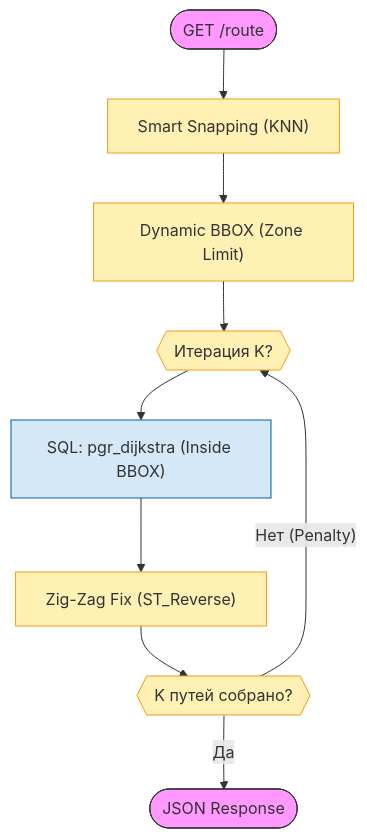
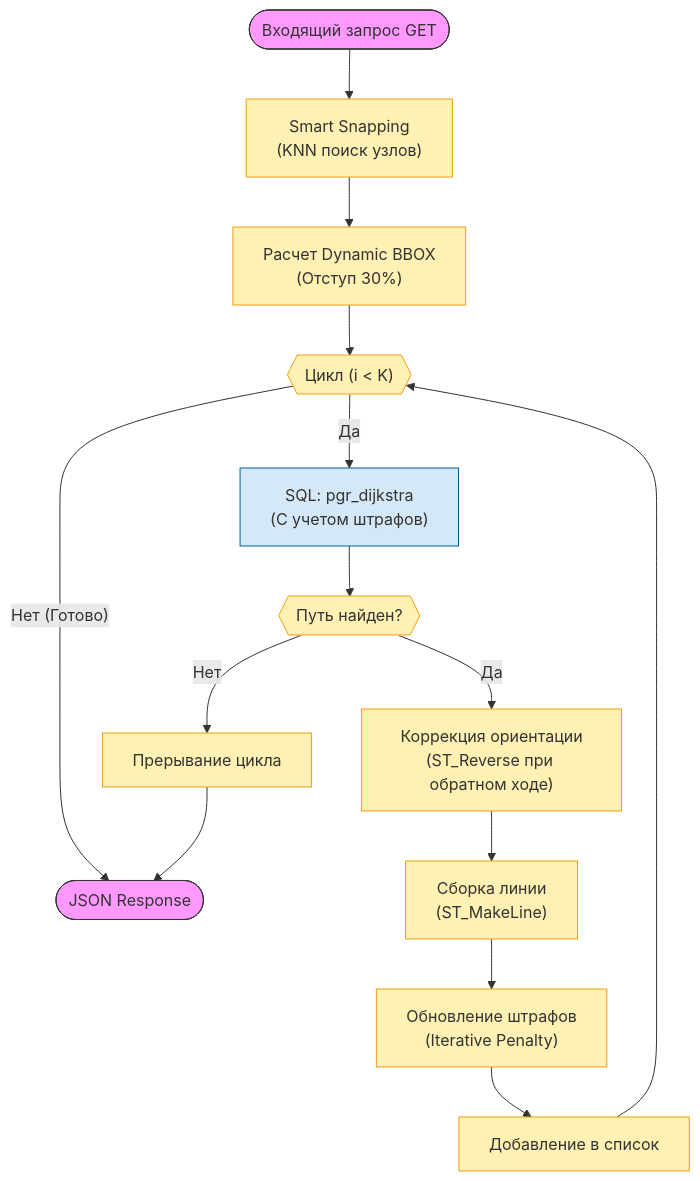
Before and after one commit to L1CH7/magistracy-diplom-iu12-docs: the diagram in assets/diagrams/03-runtime-flow.mmd, drawn with Mermaid. The commit also changed 13 other files, not shown here.

Commit message:
feat(mmd) - актуализировал мермейд диаграммы. теперь красота

```diff
--- a/assets/diagrams/03-runtime-flow.mmd
+++ b/assets/diagrams/03-runtime-flow.mmd
@@ -1,17 +1,35 @@
 flowchart TD
-    %% --- Styles ---
+    %% --- Стили ---
     classDef client fill:#f9f,stroke:#333;
     classDef logic fill:#fff0b3,stroke:#f39c12;
     classDef db fill:#d5e8f7,stroke:#005f9e;
 
-    Start(["GET /route"]):::client --> Snap["Smart Snapping (KNN)"]:::logic
-    Snap --> BBox["Dynamic BBOX (Zone Limit)"]:::logic
+    %% 1. Вход
+    Start([Входящий запрос GET]):::client --> Snap["Smart Snapping<br/>(KNN поиск узлов)"]:::logic
+
+    %% 2. Подготовка зоны
+    Snap --> BBox["Расчет Dynamic BBOX<br/>(Отступ 30%)"]:::logic
     
-    BBox --> Iter{{"Итерация K?"}}:::logic
-    Iter --> Dijkstra["SQL: pgr_dijkstra (Inside BBOX)"]:::db
+    %% 3. Цикл поиска
+    BBox --> InitLoop{{"Цикл (i < K)"}}:::logic
     
-    Dijkstra --> ZigZag["Zig-Zag Fix (ST_Reverse)"]:::logic
-    ZigZag --> Result{{"K путей собрано?"}}:::logic
+    InitLoop -- "Да" --> SQL["SQL: pgr_dijkstra<br/>(С учетом штрафов)"]:::db
     
-    Result -- Нет (Penalty) --> Iter
-    Result -- Да --> Response(["JSON Response"]):::client
+    InitLoop -- "Нет (Готово)" --> Response([JSON Response]):::client
+    
+    SQL --> Found{{"Путь найден?"}}:::logic
+    
+    %% Ветка: Не нашли
+    Found -- "Нет" --> Break[Прерывание цикла]:::logic
+    
+    %% Ветка: Нашли (с фиксом геометрии)
+    Found -- "Да" --> Orient["Коррекция ориентации<br/>(ST_Reverse при обратном ходе)"]:::logic
+    Orient --> Geom["Сборка линии<br/>(ST_MakeLine)"]:::logic
+    
+    Geom --> Penalty["Обновление штрафов<br/>(Iterative Penalty)"]:::logic
+    Penalty --> AddList[Добавление в список]:::logic
+    
+    AddList --> InitLoop
+
+    %% 4. Выход
+    Break --> Response
```
